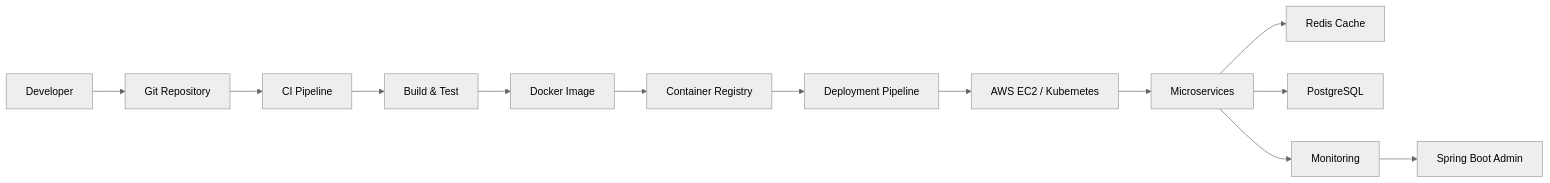
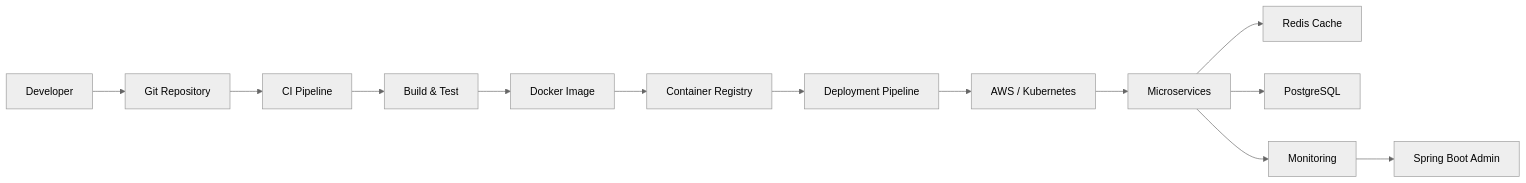
One commit to Sastik/Sastik changed the diagram in README.md. Above: the diagram before and after it, drawn with Mermaid (neutral theme). The commit also changed other lines of this file, not shown here.

`````diff
--- a/README.md
+++ b/README.md
@@ -34,16 +43,15 @@
 ```mermaid
 graph LR
-
 A[Developer] --> B[Git Repository]
 B --> C[CI Pipeline]
 C --> D[Build & Test]
 D --> E[Docker Image]
 E --> F[Container Registry]
 F --> G[Deployment Pipeline]
-G --> H[AWS EC2 / Kubernetes]
+G --> H[AWS / Kubernetes]
 H --> I[Microservices]
 I --> J[Redis Cache]
 I --> K[PostgreSQL]
 I --> L[Monitoring]
 L --> M[Spring Boot Admin]
-```
+````
`````
